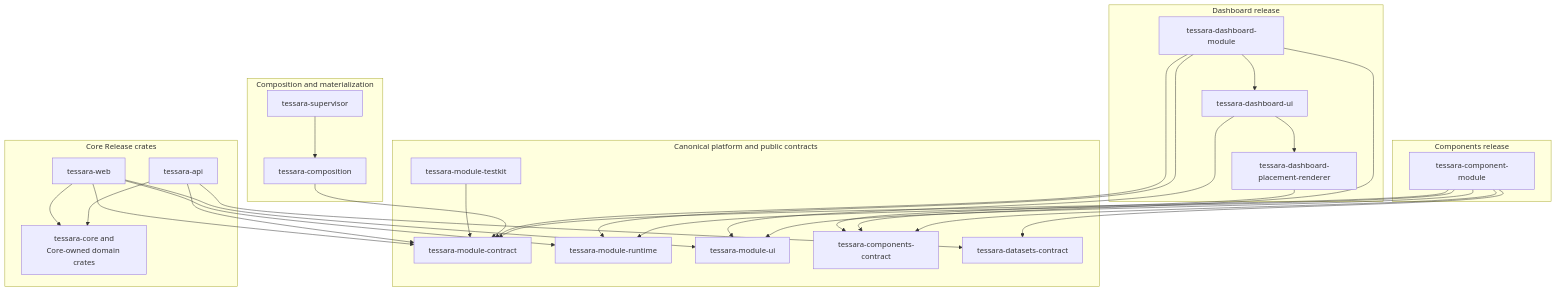
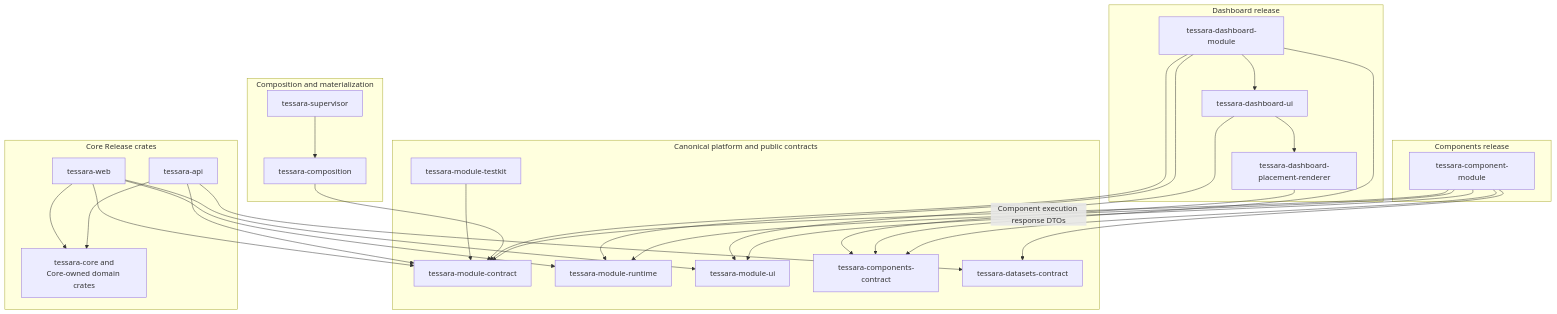
Before and after one commit to ericwburden/tessara: the second of 2 diagrams in docs/architecture.md, drawn with Mermaid. The commit also changed other lines of this file and 41 other files, not shown here.

````diff
--- a/docs/architecture.md
+++ b/docs/architecture.md
@@ -149,58 +163,58 @@
 ```mermaid
 flowchart TB
     subgraph platform[Canonical platform and public contracts]
         contract[tessara-module-contract]
         runtime[tessara-module-runtime]
         ui[tessara-module-ui]
         testkit[tessara-module-testkit]
         componentContract[tessara-components-contract]
         datasetContract[tessara-datasets-contract]
     end
 
     subgraph coreCrates[Core Release crates]
         api[tessara-api]
         web[tessara-web]
         coreDomain[tessara-core and<br/>Core-owned domain crates]
     end
 
     subgraph componentCrates[Components release]
         componentModule[tessara-component-module]
     end
 
     subgraph dashboardCrates[Dashboard release]
         dashboardModule[tessara-dashboard-module]
         dashboardUi[tessara-dashboard-ui]
         placementRenderer[tessara-dashboard-placement-renderer]
         dashboardModule --> dashboardUi
         dashboardUi --> placementRenderer
     end
 
     subgraph controlCrates[Composition and materialization]
         composition[tessara-composition]
         supervisorCrate[tessara-supervisor]
         supervisorCrate --> composition
     end
 
     api --> coreDomain
     web --> coreDomain
     api --> contract
     api --> datasetContract
     web --> contract
     web --> runtime
     web --> ui
 
     componentModule --> contract
     componentModule --> runtime
     componentModule --> ui
     componentModule --> componentContract
     componentModule --> datasetContract
 
     dashboardModule --> contract
     dashboardModule --> runtime
     dashboardModule --> componentContract
     dashboardUi --> ui
-    placementRenderer --> componentContract
+    placementRenderer -->|Component execution response DTOs| componentContract
 
     composition --> contract
     testkit --> contract
 ```
````
